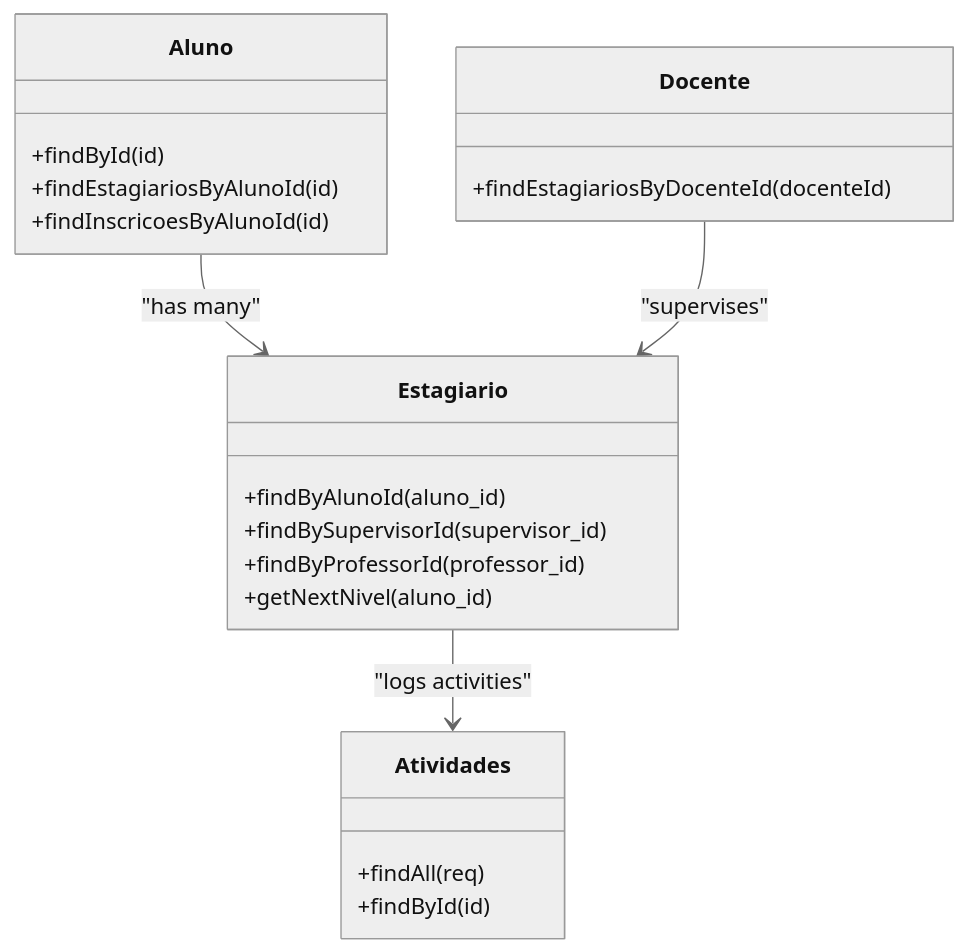
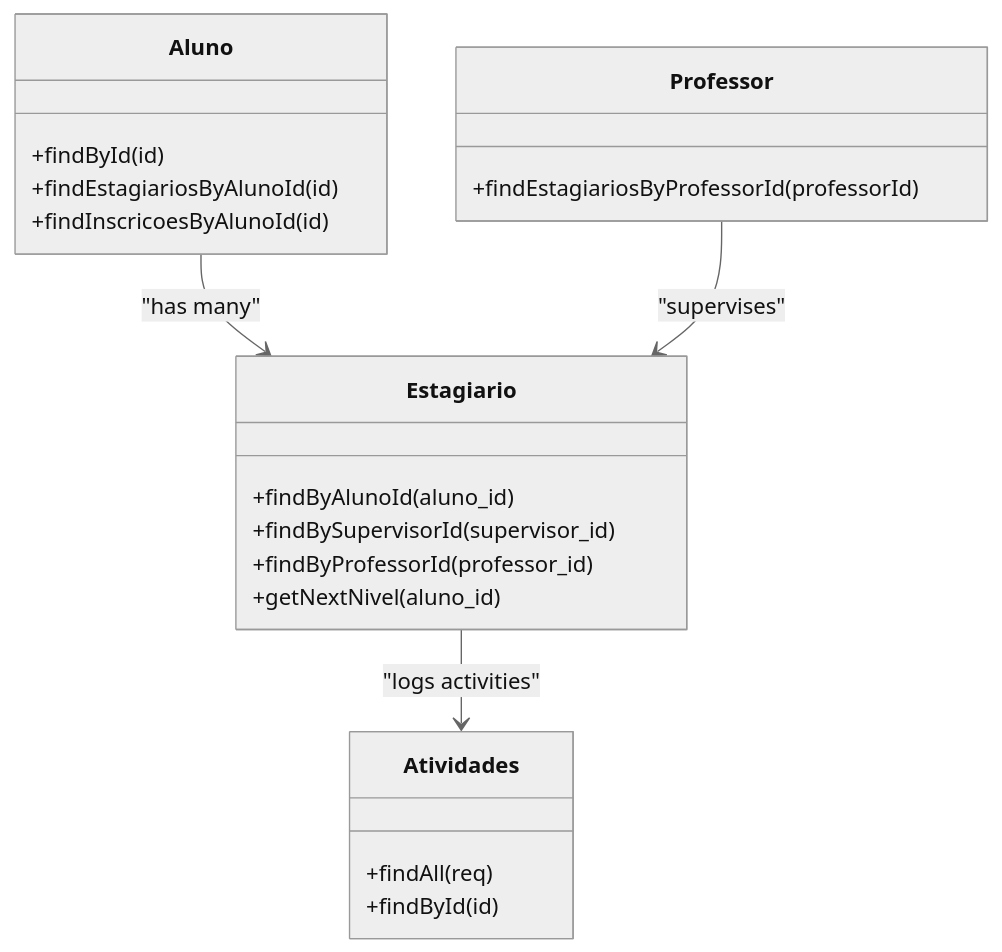
Before and after one commit to luiseduacosta/nodemural: the seventh of 8 diagrams in .qoder/repowiki/en/content/Core Features Implementation/Class Management.md, drawn with Mermaid (neutral theme). The commit also changed other lines of this file and 30 other files, not shown here.

Commit message:
Update tables schema.

````diff
--- a/.qoder/repowiki/en/content/Core Features Implementation/Class Management.md
+++ b/.qoder/repowiki/en/content/Core Features Implementation/Class Management.md
@@ -325,24 +325,24 @@
 ```mermaid
 classDiagram
 class Aluno {
 +findById(id)
 +findEstagiariosByAlunoId(id)
 +findInscricoesByAlunoId(id)
 }
 class Estagiario {
 +findByAlunoId(aluno_id)
 +findBySupervisorId(supervisor_id)
 +findByProfessorId(professor_id)
 +getNextNivel(aluno_id)
 }
-class Docente {
-+findEstagiariosByDocenteId(docenteId)
+class Professor {
++findEstagiariosByProfessorId(professorId)
 }
 class Atividades {
 +findAll(req)
 +findById(id)
 }
 Aluno --> Estagiario : "has many"
-Docente --> Estagiario : "supervises"
+Professor --> Estagiario : "supervises"
 Estagiario --> Atividades : "logs activities"
 ```
````
